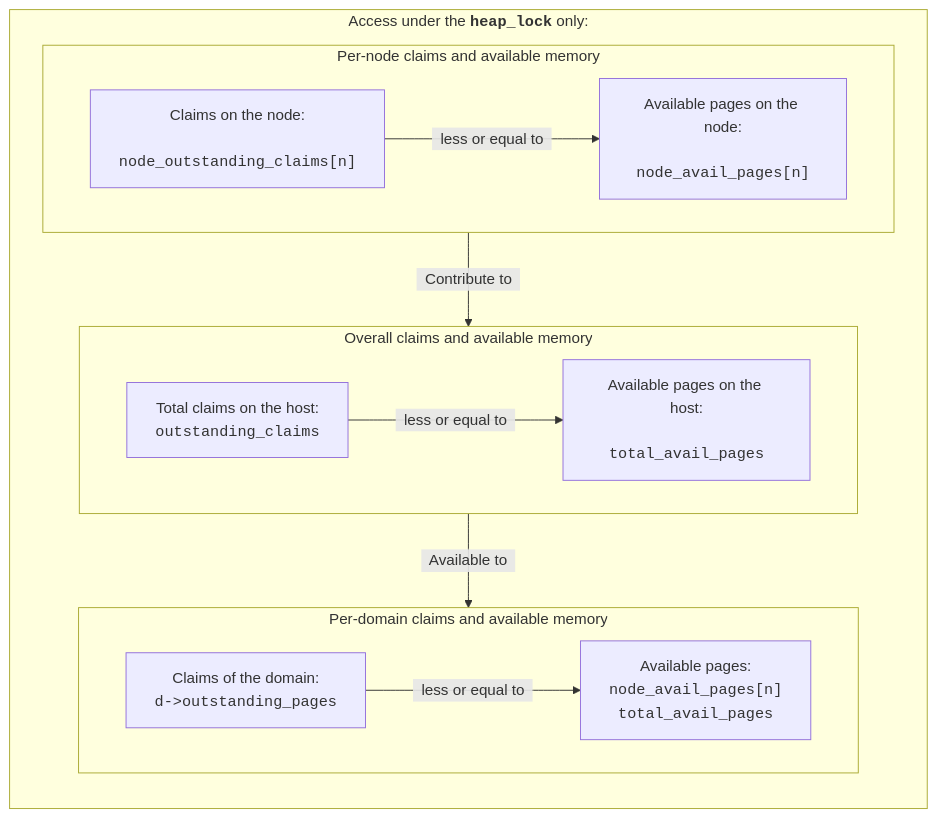
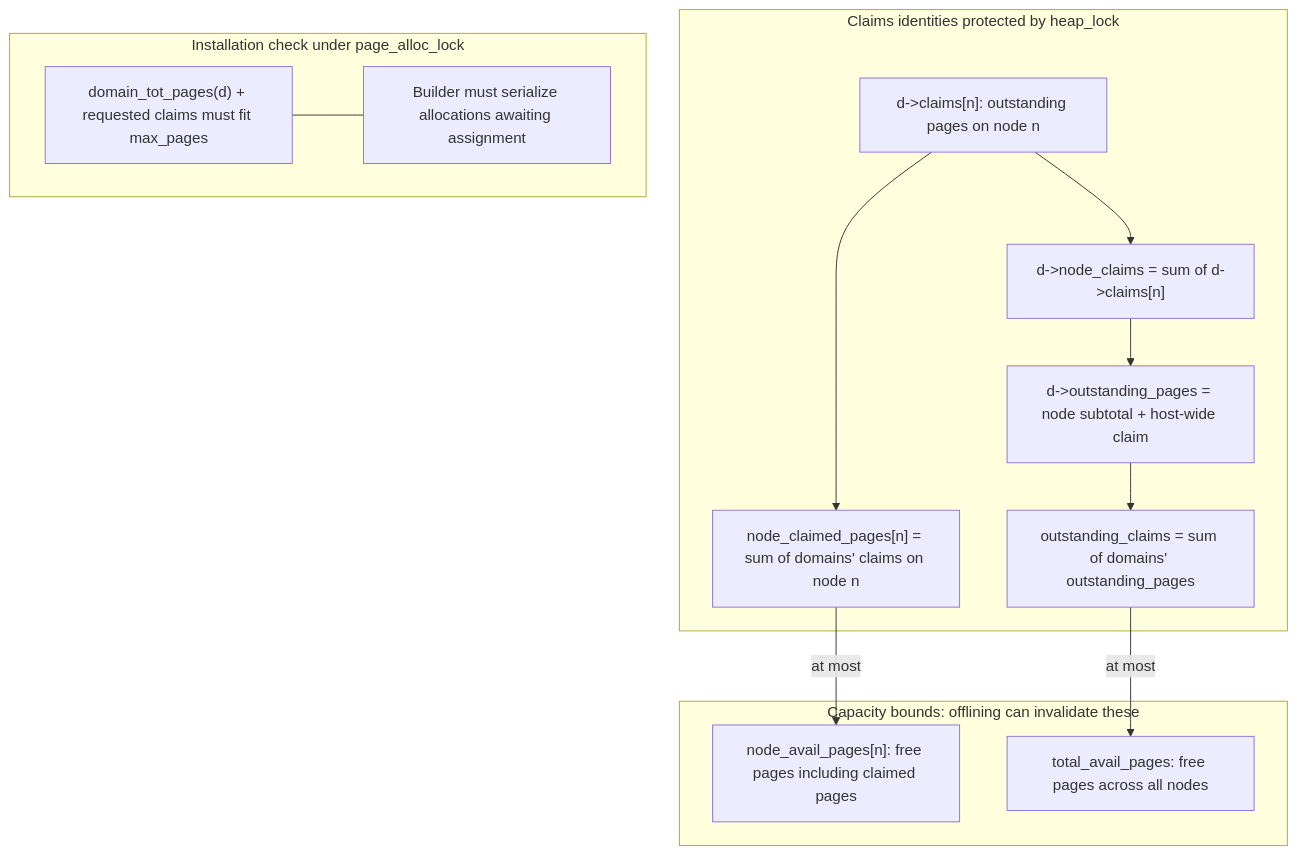
Before and after one commit to xenserver-next/xen: the diagram in docs/designs/claims/invariants.mmd, drawn with Mermaid. The commit also changed 14 other files, not shown here.

```diff
--- a/docs/designs/claims/invariants.mmd
+++ b/docs/designs/claims/invariants.mmd
@@ -1,35 +1,24 @@
 %% SPDX-License-Identifier: CC-BY-4.0
-%% Claim variables and their Invariants
+%% Accounting identities and conditional capacity bounds
 flowchart TD
 
-subgraph "Access&nbsp;under&nbsp;the&nbsp;<tt><b>heap_lock</b></tt>&nbsp;only:"
-   direction TB
-   Memory_of_Nodes --"&nbsp; Contribute to &nbsp;"--> Overall_Memory
-   Overall_Memory --"&nbsp; Available to &nbsp;"--> Memory_of_Domains
+subgraph Accounting["Claims identities protected by heap_lock"]
+    entries["d->claims[n]: outstanding pages on node n"]
+    subtotal["d->node_claims = sum of d->claims[n]"]
+    total["d->outstanding_pages = node subtotal + host-wide claim"]
+    nodes["node_claimed_pages[n] = sum of domains' claims on node n"]
+    host["outstanding_claims = sum of domains' outstanding_pages"]
+    entries --> subtotal --> total --> host
+    entries --> nodes
 end
-
-subgraph Memory_of_Nodes["Per-node claims and available memory"]
-    direction LR
-    per_node_claims -->|"&nbsp; less or equal to &nbsp;"| node_avail_pages
-    per_node_claims["Claims on the node:
-                     <tt>node_outstanding_claims[n]"]
-    node_avail_pages["Available pages on the node:
-                      <tt>node_avail_pages[n]"]
+subgraph Capacity["Capacity bounds: offlining can invalidate these"]
+    node_free["node_avail_pages[n]: free pages including claimed pages"]
+    host_free["total_avail_pages: free pages across all nodes"]
+    nodes -->|"at most"| node_free
+    host -->|"at most"| host_free
 end
-
-subgraph Overall_Memory["Overall claims and available memory"]
-    direction LR
-    outstanding -->|"&nbsp; less or equal to &nbsp;"| avail_pages
-    outstanding["Total claims on the host:
-                 <tt>outstanding_claims"]
-    avail_pages["Available pages on the host:
-                 <tt>total_avail_pages"]
+subgraph DomainLimit["Installation check under page_alloc_lock"]
+    allowance["domain_tot_pages(d) + requested claims must fit max_pages"]
+    qualification["Builder must serialize allocations awaiting assignment"]
+    allowance --- qualification
 end
-
-subgraph Memory_of_Domains["Per-domain&nbsp;claims and available memory"]
-    direction LR
-    claims -->|"&nbsp; less or equal to &nbsp;"| available_memory_for_domains
-    claims["Claims of the domain:<br><tt>d->outstanding_pages"]
-    available_memory_for_domains["Available pages:<br><tt>node_avail_pages[n]
-                                                          total_avail_pages"]
-end
```
